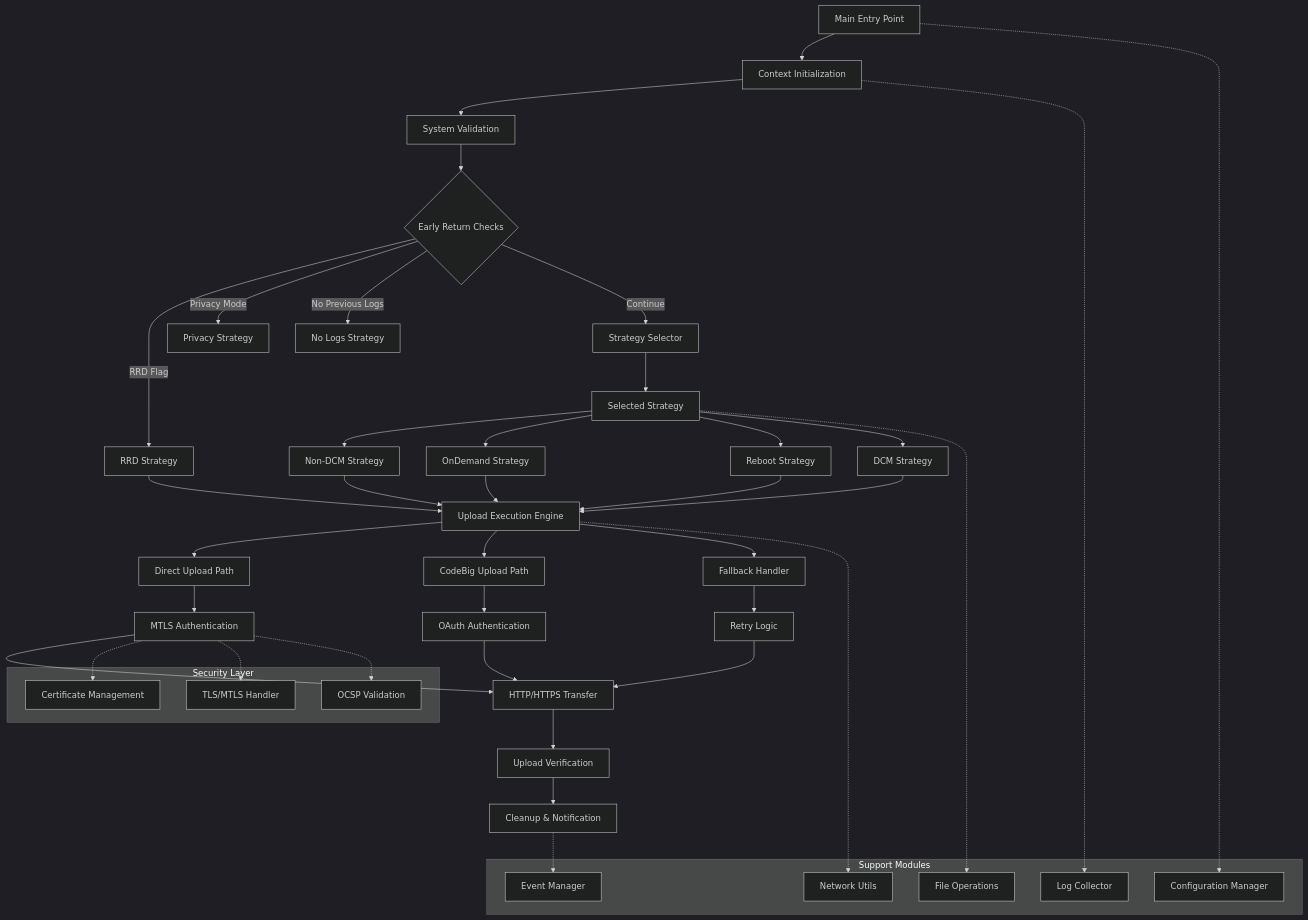
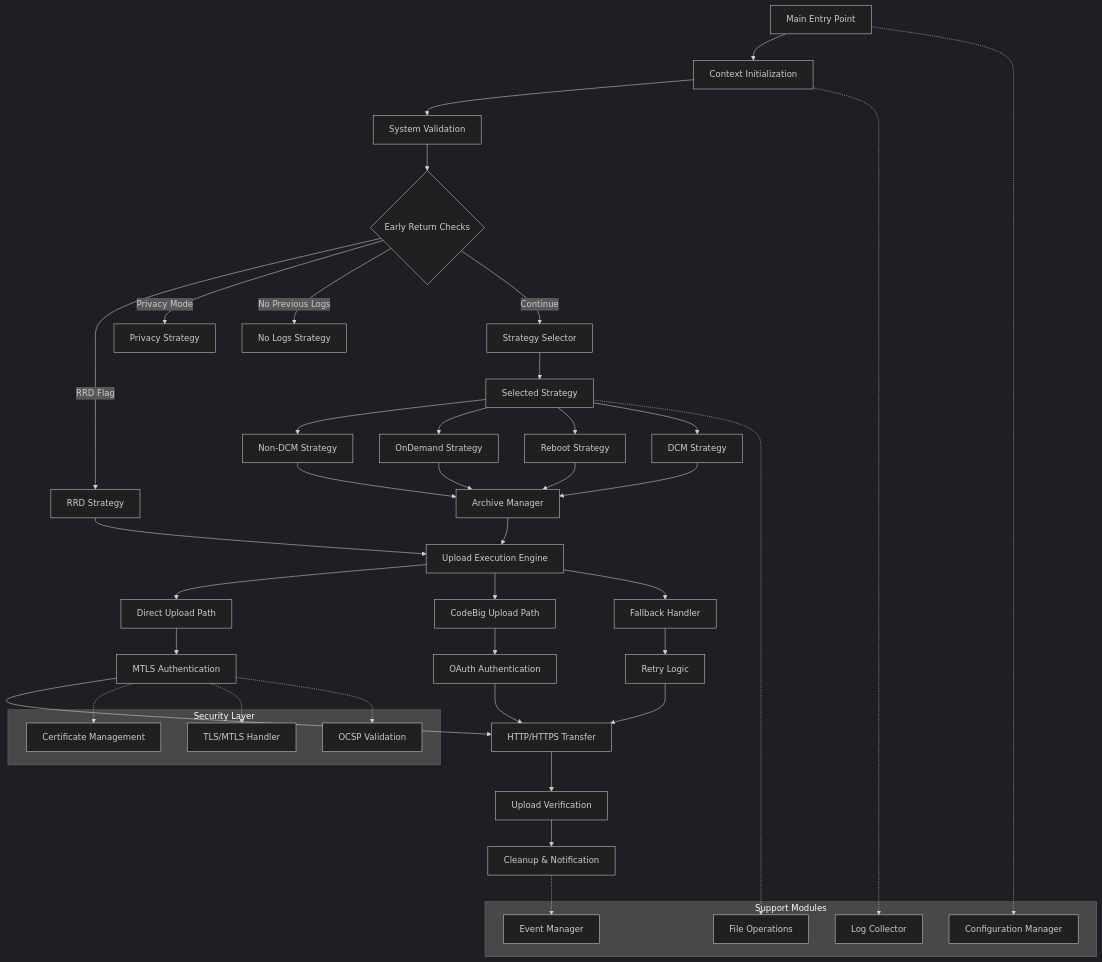
The first of 3 diagrams in logupload_HLD.md (rdkcentral/dcm-agent), drawn with Mermaid (dark theme) before and after one commit.

````diff
--- a/logupload_HLD.md
+++ b/logupload_HLD.md
@@ -67,65 +67,65 @@
 ```mermaid
 graph TB
     A[Main Entry Point] --> B[Context Initialization]
     B --> C[System Validation]
     C --> D{Early Return Checks}
     
     D -->|RRD Flag| E[RRD Strategy]
     D -->|Privacy Mode| F[Privacy Strategy]
     D -->|No Previous Logs| G[No Logs Strategy]
     D -->|Continue| H[Strategy Selector]
     
     H --> I[Selected Strategy]
     
     I --> J[Non-DCM Strategy]
     I --> K[OnDemand Strategy]
     I --> L[Reboot Strategy]
     I --> M[DCM Strategy]
     
-    J --> N[Upload Execution Engine]
-    K --> N
-    L --> N
-    M --> N
-    
+    J --> AM[Archive Manager]
+    K --> AM
+    L --> AM
+    M --> AM
+
     %% UPDATED: RRD STRATEGY CONNECTS TO N
     E --> N
 
+    AM --> N[Upload Execution Engine]
+    
     N --> O[Direct Upload Path]
     N --> P[CodeBig Upload Path]
     N --> Q[Fallback Handler]
     
     O --> R[MTLS Authentication]
     P --> S[OAuth Authentication]
     Q --> T[Retry Logic]
     
     R --> U[HTTP/HTTPS Transfer]
     S --> U
     T --> U
     
     U --> V[Upload Verification]
     V --> W[Cleanup & Notification]
     
     subgraph "Support Modules"
         X[Configuration Manager]
         Y[Log Collector]
         Z[File Operations]
-        AA[Network Utils]
         BB[Event Manager]
     end
     
     subgraph "Security Layer"
         CC[Certificate Management]
         DD[TLS/MTLS Handler]
         EE[OCSP Validation]
     end
     
     A -.-> X
     B -.-> Y
     I -.-> Z
-    N -.-> AA
     W -.-> BB
     
     R -.-> CC
     R -.-> DD
     R -.-> EE
 ```
````
